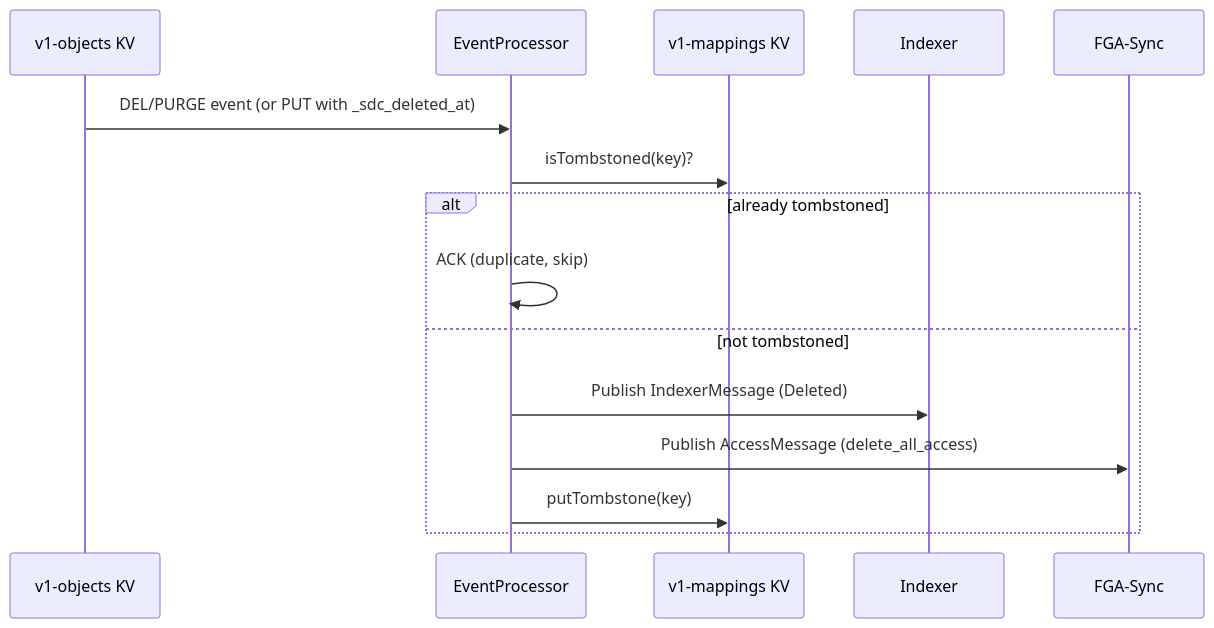
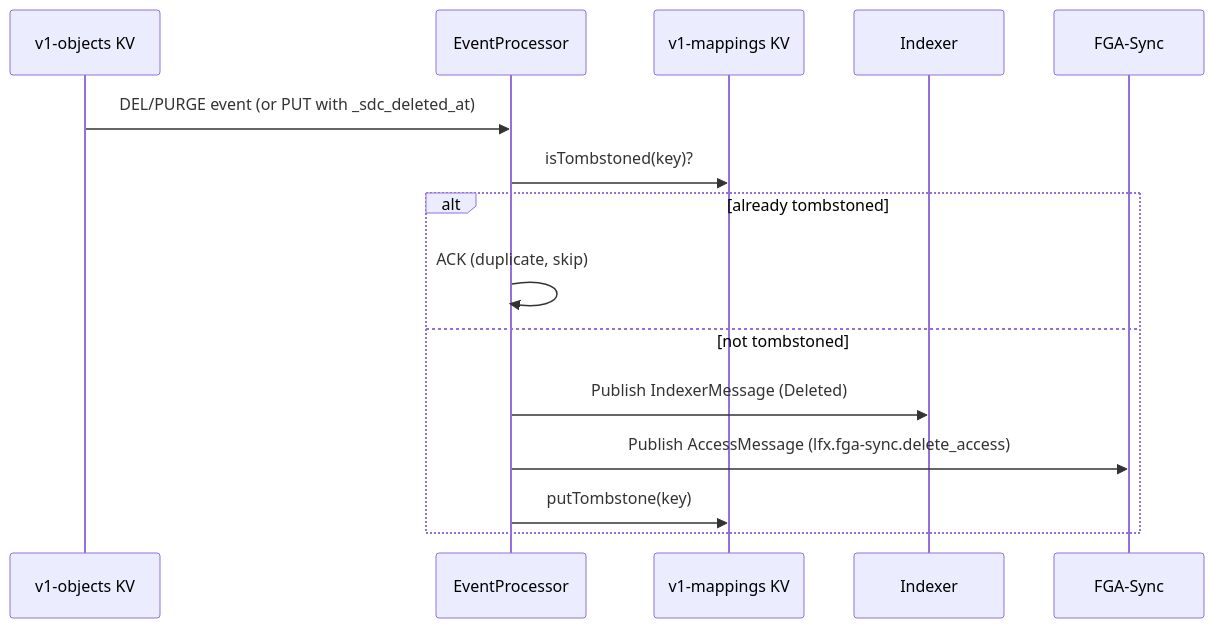
One commit to linuxfoundation/lfx-v2-mailing-list-service changed the third of 5 diagrams in docs/event-processing.md. Above: the diagram before and after it, drawn with Mermaid. The commit also changed other lines of this file, not shown here.

First line of the commit message:
[LFFXV2-1607] update event-processing.md to use current fga-sync subjects

````diff
--- a/docs/event-processing.md
+++ b/docs/event-processing.md
@@ -72,18 +72,18 @@
 ```mermaid
 sequenceDiagram
     participant KV as v1-objects KV
     participant EP as EventProcessor
     participant MP as v1-mappings KV
     participant IDX as Indexer
     participant FGA as FGA-Sync
 
     KV->>EP: DEL/PURGE event (or PUT with _sdc_deleted_at)
     EP->>MP: isTombstoned(key)?
     alt already tombstoned
         EP->>EP: ACK (duplicate, skip)
     else not tombstoned
         EP->>IDX: Publish IndexerMessage (Deleted)
-        EP->>FGA: Publish AccessMessage (delete_all_access)
+        EP->>FGA: Publish AccessMessage (lfx.fga-sync.delete_access)
         EP->>MP: putTombstone(key)
     end
 ```
````
